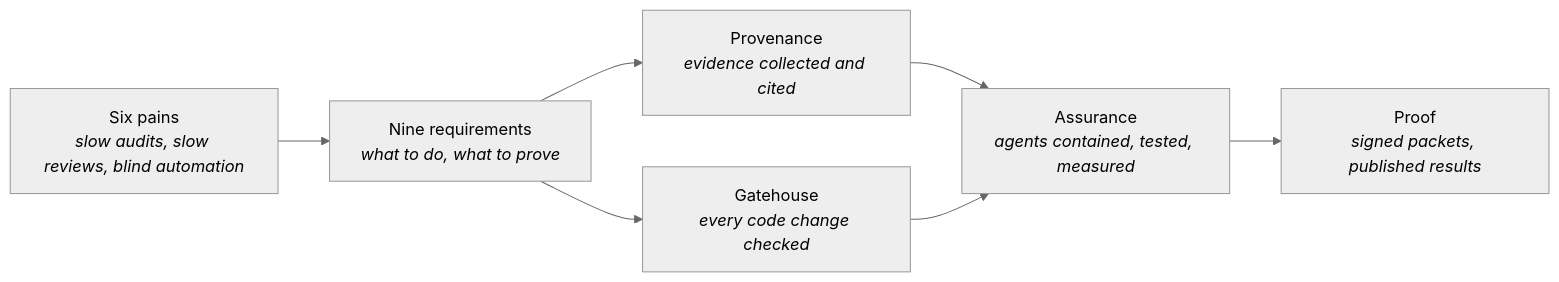
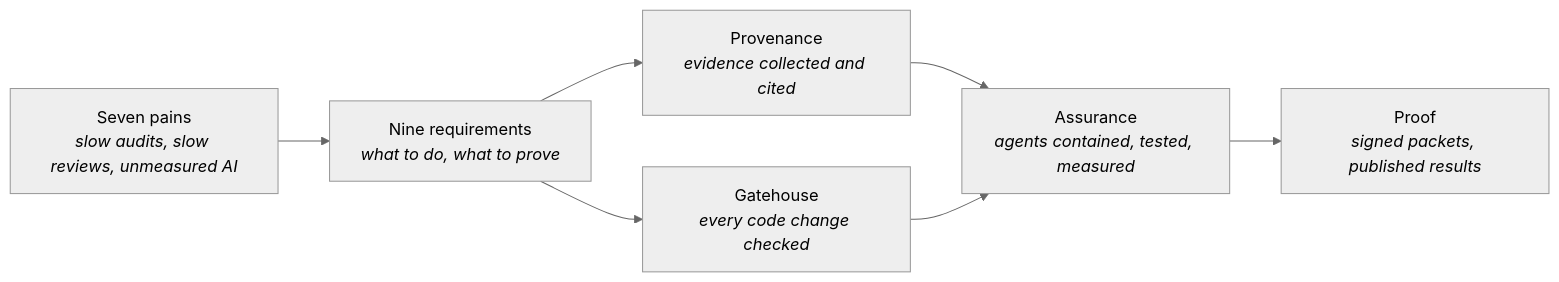
Before and after one commit to deathscythe272/blackfork-platform: the diagram in docs/01-business-case.md, drawn with Mermaid (neutral theme). The commit also changed other lines of this file and 5 other files, not shown here.

````diff
--- a/docs/01-business-case.md
+++ b/docs/01-business-case.md
@@ -27,9 +29,9 @@
 ```mermaid
 flowchart LR
-  PAIN["Six pains<br><i>slow audits, slow reviews, blind automation</i>"] --> REQ["Nine requirements<br><i>what to do, what to prove</i>"]
+  PAIN["Seven pains<br><i>slow audits, slow reviews, unmeasured AI</i>"] --> REQ["Nine requirements<br><i>what to do, what to prove</i>"]
   REQ --> PROV["Provenance<br><i>evidence collected and cited</i>"]
   REQ --> GATE["Gatehouse<br><i>every code change checked</i>"]
   PROV --> ASSURE["Assurance<br><i>agents contained, tested, measured</i>"]
   GATE --> ASSURE
   ASSURE --> PROOF["Proof<br><i>signed packets, published results</i>"]
 ```
````
